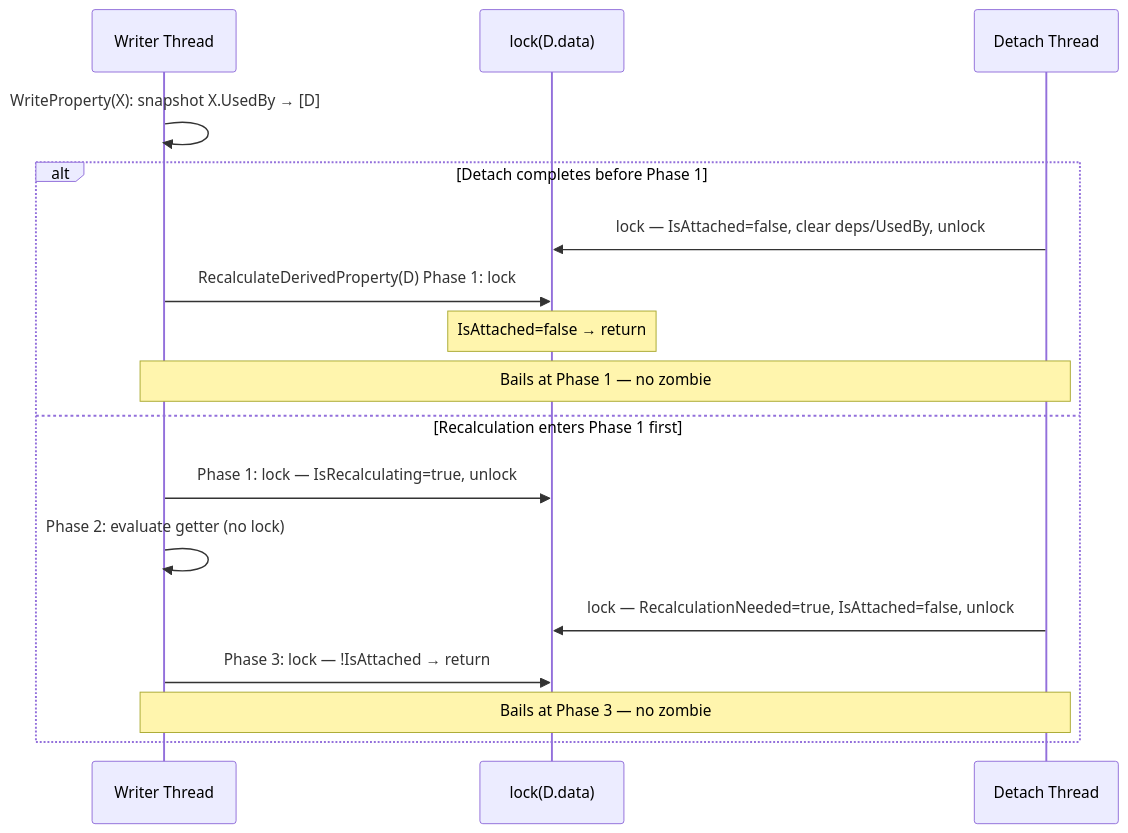
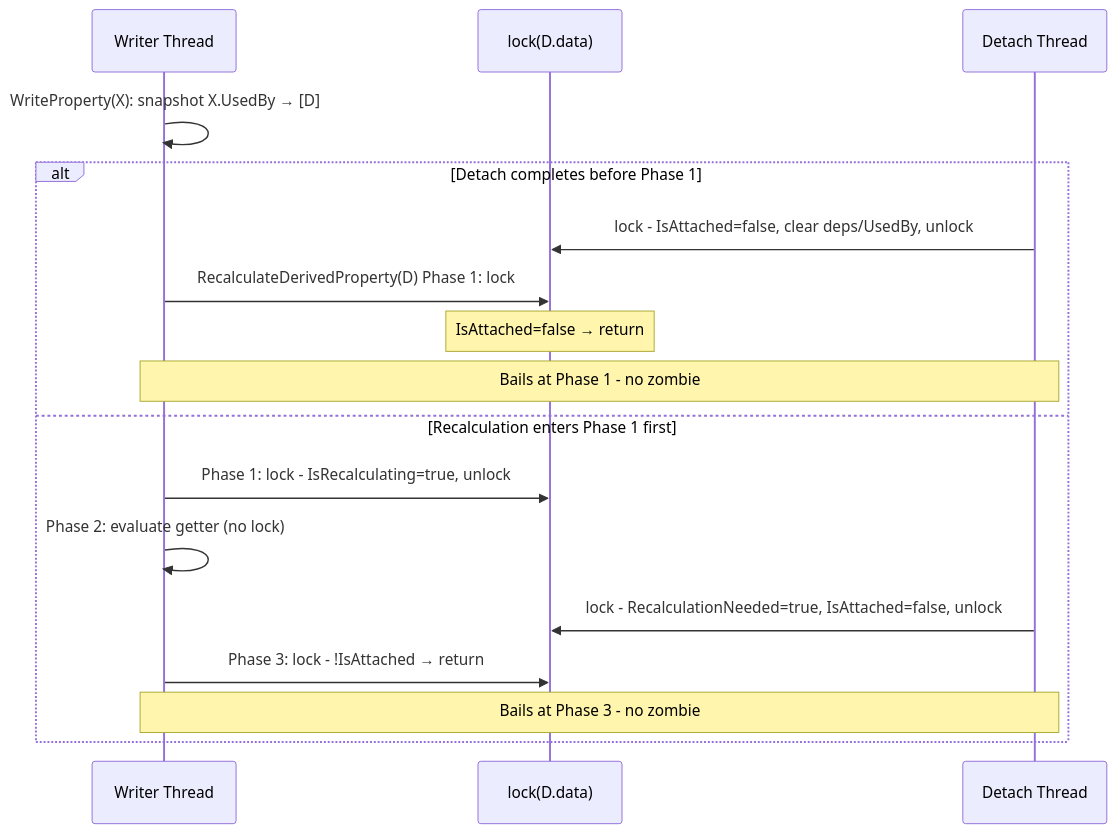
The sixth of 7 diagrams in docs/design/tracking-derived-properties.md (RicoSuter/Namotion.Interceptor), drawn with Mermaid before and after one commit. The commit also changed other lines of this file and 5 other files, not shown here.

````diff
--- a/docs/design/tracking-derived-properties.md
+++ b/docs/design/tracking-derived-properties.md
@@ -545,21 +545,21 @@
 ```mermaid
 sequenceDiagram
     participant W as Writer Thread
     participant DD as lock(D.data)
     participant Det as Detach Thread
 
     W->>W: WriteProperty(X): snapshot X.UsedBy → [D]
 
     alt Detach completes before Phase 1
-        Det->>DD: lock — IsAttached=false, clear deps/UsedBy, unlock
+        Det->>DD: lock - IsAttached=false, clear deps/UsedBy, unlock
         W->>DD: RecalculateDerivedProperty(D) Phase 1: lock
         Note over DD: IsAttached=false → return
-        Note over W,Det: Bails at Phase 1 — no zombie
+        Note over W,Det: Bails at Phase 1 - no zombie
     else Recalculation enters Phase 1 first
-        W->>DD: Phase 1: lock — IsRecalculating=true, unlock
+        W->>DD: Phase 1: lock - IsRecalculating=true, unlock
         W->>W: Phase 2: evaluate getter (no lock)
-        Det->>DD: lock — RecalculationNeeded=true, IsAttached=false, unlock
-        W->>DD: Phase 3: lock — !IsAttached → return
-        Note over W,Det: Bails at Phase 3 — no zombie
+        Det->>DD: lock - RecalculationNeeded=true, IsAttached=false, unlock
+        W->>DD: Phase 3: lock - !IsAttached → return
+        Note over W,Det: Bails at Phase 3 - no zombie
     end
 ```
````
